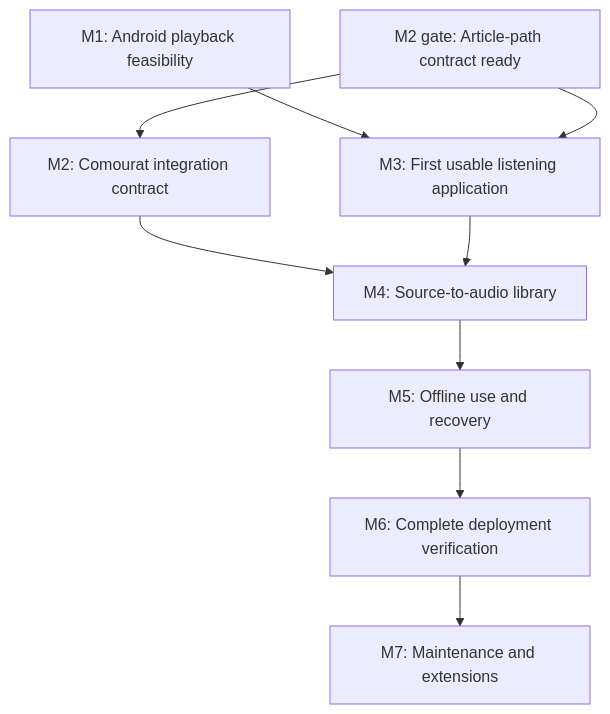
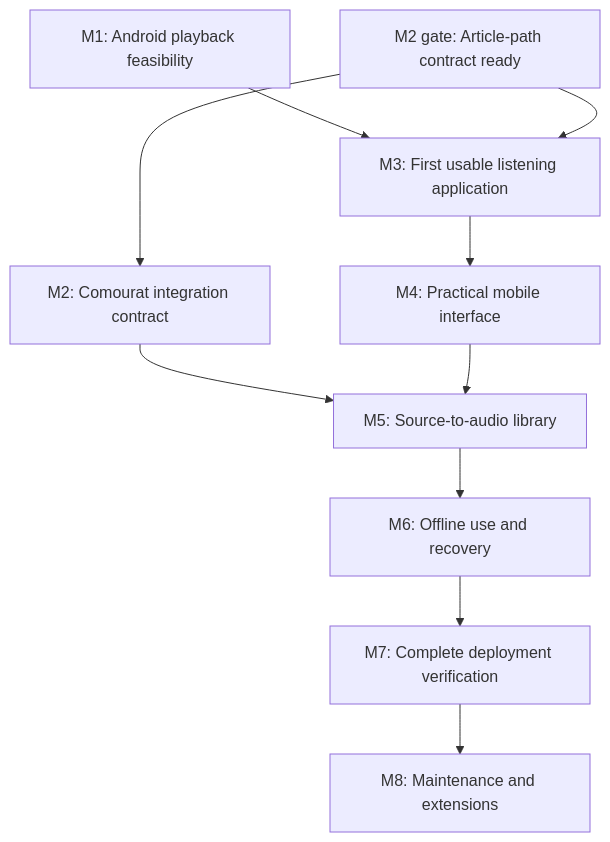
One commit to anton-pershin/vesna changed the second of 2 diagrams in .internal/constitution-spec.md. Above: the diagram before and after it, drawn with Mermaid. The commit also changed other lines of this file, not shown here.

Commit message:
Add mobile interface milestone to roadmap

````diff
--- a/.internal/constitution-spec.md
+++ b/.internal/constitution-spec.md
@@ -365,19 +366,21 @@
 ```mermaid
 flowchart TD
   M1["M1: Android playback feasibility"]
   M2["M2: Comourat integration contract"]
   M2A["M2 gate: Article-path contract ready"]
   M3["M3: First usable listening application"]
-  M4["M4: Source-to-audio library"]
-  M5["M5: Offline use and recovery"]
-  M6["M6: Complete deployment verification"]
-  M7["M7: Maintenance and extensions"]
+  M4["M4: Practical mobile interface"]
+  M5["M5: Source-to-audio library"]
+  M6["M6: Offline use and recovery"]
+  M7["M7: Complete deployment verification"]
+  M8["M8: Maintenance and extensions"]
   M1 --> M3
   M2A --> M2
   M2A --> M3
-  M2 --> M4
+  M2 --> M5
   M3 --> M4
   M4 --> M5
   M5 --> M6
   M6 --> M7
+  M7 --> M8
 ```
````
